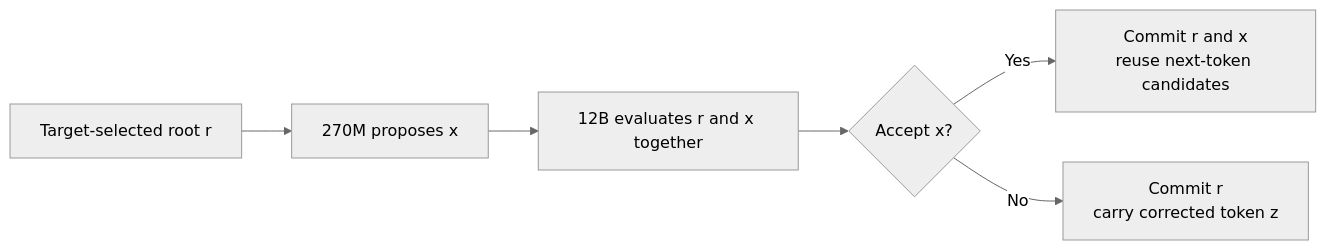
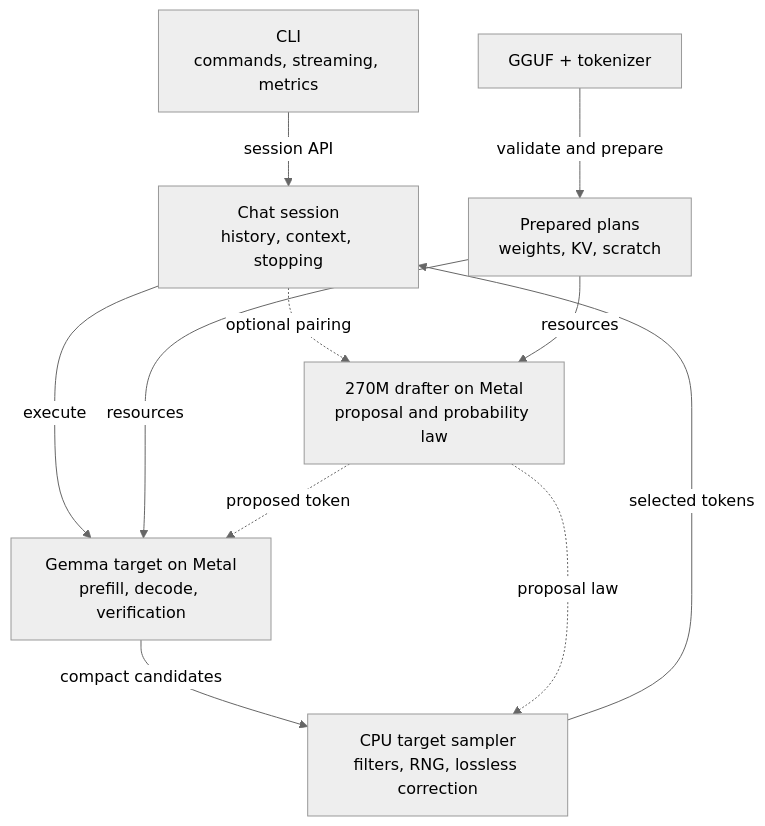
One commit to joelsjo01/guffin changed the first of 2 diagrams in README.md. Above: the diagram before and after it, drawn with Mermaid (neutral theme). The commit also changed other lines of this file and 3 other files, not shown here.

````diff
--- a/README.md
+++ b/README.md
@@ -52,8 +58,13 @@
 ```mermaid
-flowchart LR
-    R["Target-selected root r"] --> D["270M proposes x"]
-    D --> V["12B evaluates r and x together"]
-    V --> A{"Accept x?"}
-    A -->|Yes| K["Commit r and x<br/>reuse next-token candidates"]
-    A -->|No| C["Commit r<br/>carry corrected token z"]
+flowchart TD
+    CLI["CLI<br/>commands, streaming, metrics"] -->|session API| S["Chat session<br/>history, context, stopping"]
+    G["GGUF + tokenizer"] -->|validate and prepare| P["Prepared plans<br/>weights, KV, scratch"]
+    S -->|execute| T["Gemma target on Metal<br/>prefill, decode, verification"]
+    S -. optional pairing .-> D["270M drafter on Metal<br/>proposal and probability law"]
+    P -->|resources| T
+    P -->|resources| D
+    T -->|compact candidates| A["CPU target sampler<br/>filters, RNG, lossless correction"]
+    D -. proposed token .-> T
+    D -. proposal law .-> A
+    A -->|selected tokens| S
 ```
````
